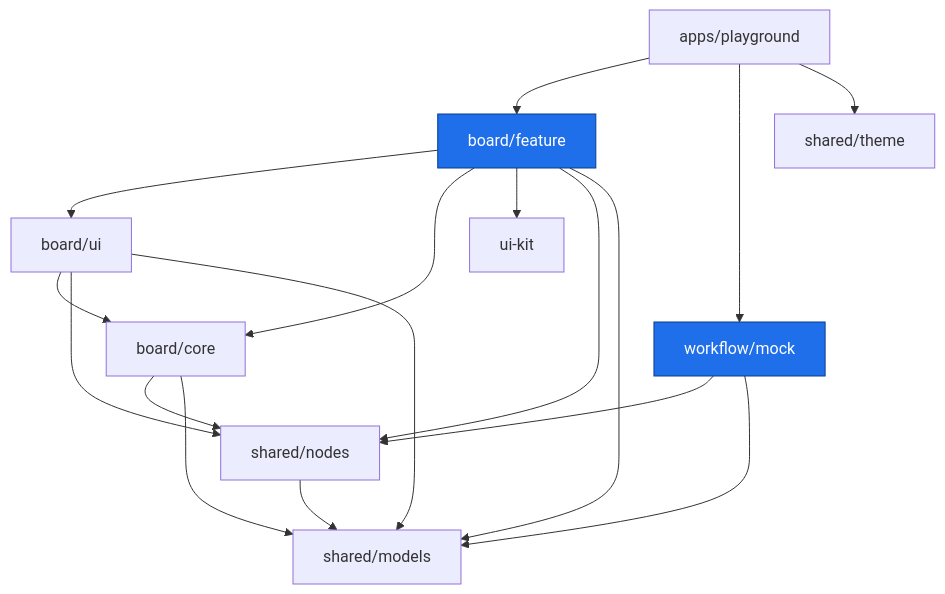
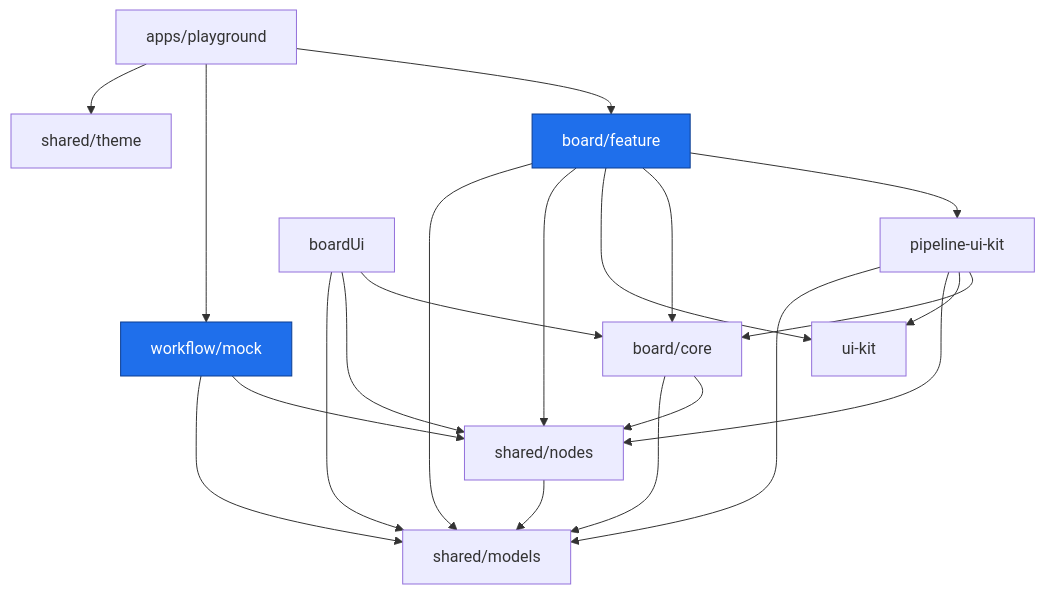
One commit to tsai-tech/pipeline-editor changed the diagram in ARCHITECTURE.md. Above: the diagram before and after it, drawn with Mermaid. The commit also changed other lines of this file and 37 other files, not shown here.

Commit message:
feat(board): add composable pipeline ui kit

````diff
--- a/ARCHITECTURE.md
+++ b/ARCHITECTURE.md
@@ -87,27 +88,32 @@
 ```mermaid
 graph TD
   playground[apps/playground] --> boardFeature[board/feature]
   playground --> mock[workflow/mock]
   playground --> theme[shared/theme]
 
-  boardFeature --> boardUi[board/ui]
+  boardFeature --> pipelineUi[pipeline-ui-kit]
   boardFeature --> boardCore[board/core]
   boardFeature --> uiKit[ui-kit]
   boardFeature --> nodes[shared/nodes]
   boardFeature --> models[shared/models]
+
+  pipelineUi --> boardCore
+  pipelineUi --> uiKit
+  pipelineUi --> nodes
+  pipelineUi --> models
 
   boardUi --> boardCore
   boardUi --> nodes
   boardUi --> models
 
   boardCore --> nodes
   boardCore --> models
 
   mock --> nodes
   mock --> models
 
   nodes --> models
 
   classDef pub fill:#1f6feb,stroke:#0b3d91,color:#fff;
   class boardFeature,mock pub;
 ```
````
